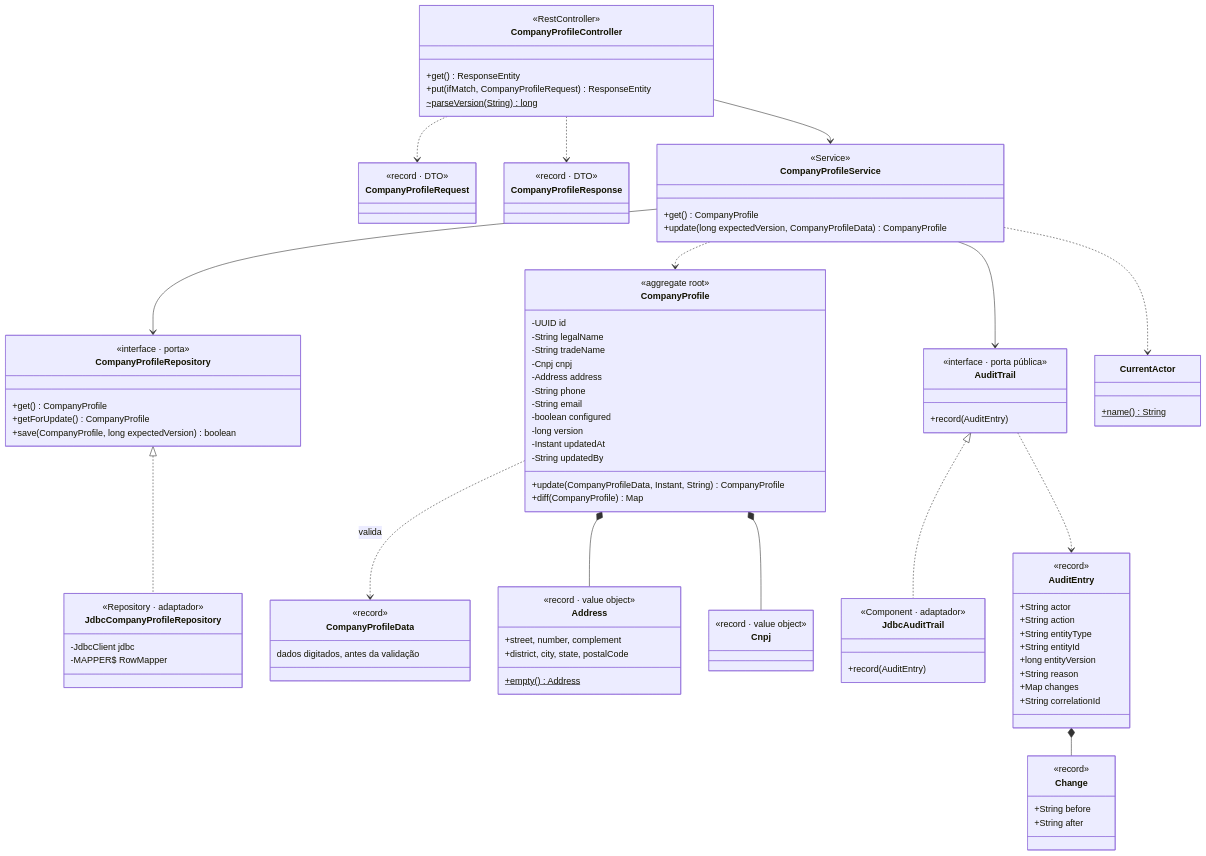
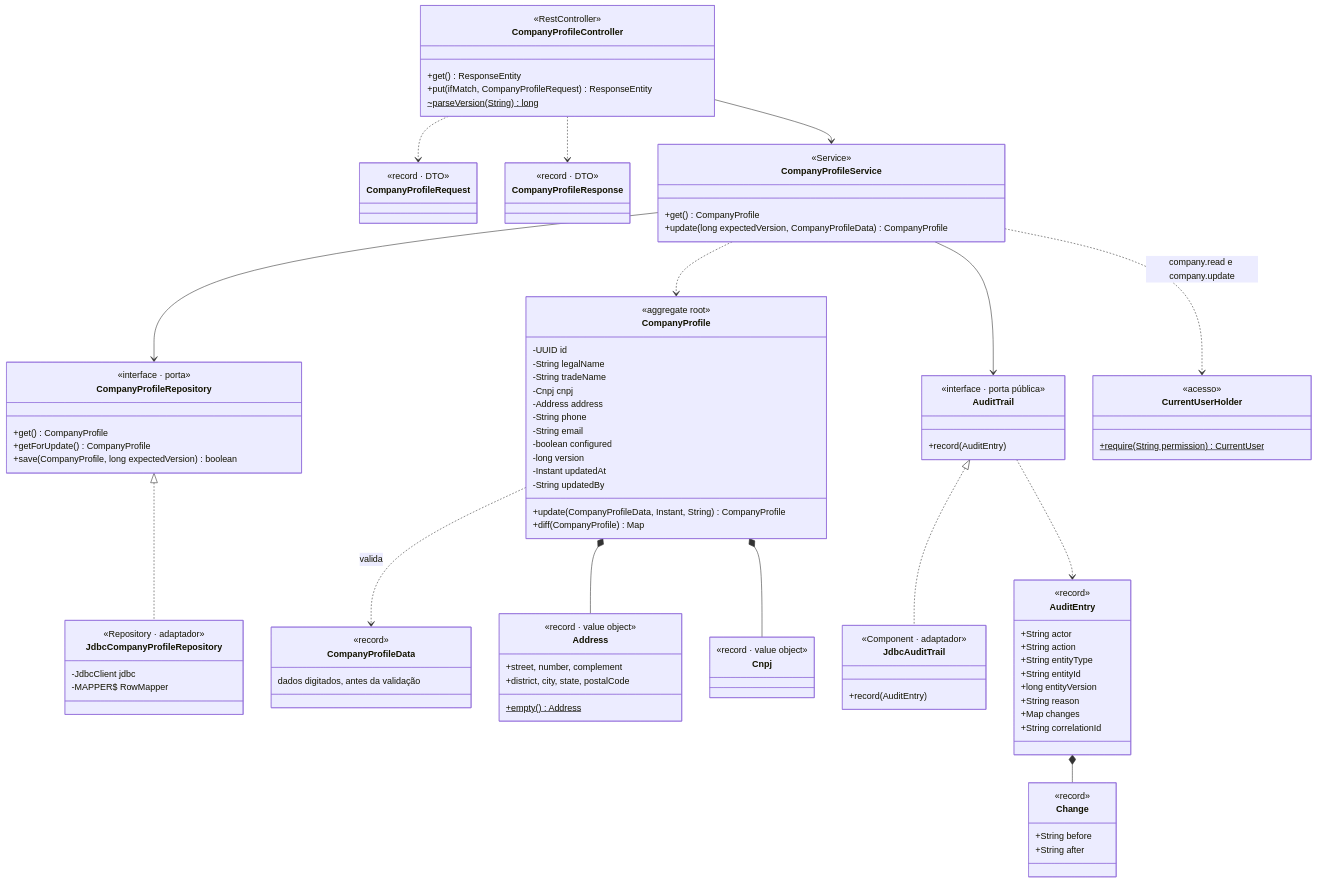
Before and after one commit to edsoncorralxxx-ui/ERP: the fifth of 16 diagrams in docs/backend/17-diagramas-de-classes-e-padroes.md, drawn with Mermaid. The commit also changed other lines of this file and 8 other files, not shown here.

First line of the commit message:
Diagramas atualizados para a Sprint 2 e diagramas do sistema completo

```diff
--- a/docs/backend/17-diagramas-de-classes-e-padroes.md
+++ b/docs/backend/17-diagramas-de-classes-e-padroes.md
@@ -316,15 +355,16 @@
         +String before
         +String after
     }
-    class CurrentActor {
-        +name()$ String
+    class CurrentUserHolder {
+        <<acesso>>
+        +require(String permission)$ CurrentUser
     }
     CompanyProfileController --> CompanyProfileService
     CompanyProfileController ..> CompanyProfileRequest
     CompanyProfileController ..> CompanyProfileResponse
     CompanyProfileService --> CompanyProfileRepository
     CompanyProfileService --> AuditTrail
-    CompanyProfileService ..> CurrentActor
+    CompanyProfileService ..> CurrentUserHolder : company.read e company.update
     CompanyProfileService ..> CompanyProfile
     CompanyProfileRepository <|.. JdbcCompanyProfileRepository
     AuditTrail <|.. JdbcAuditTrail
```
